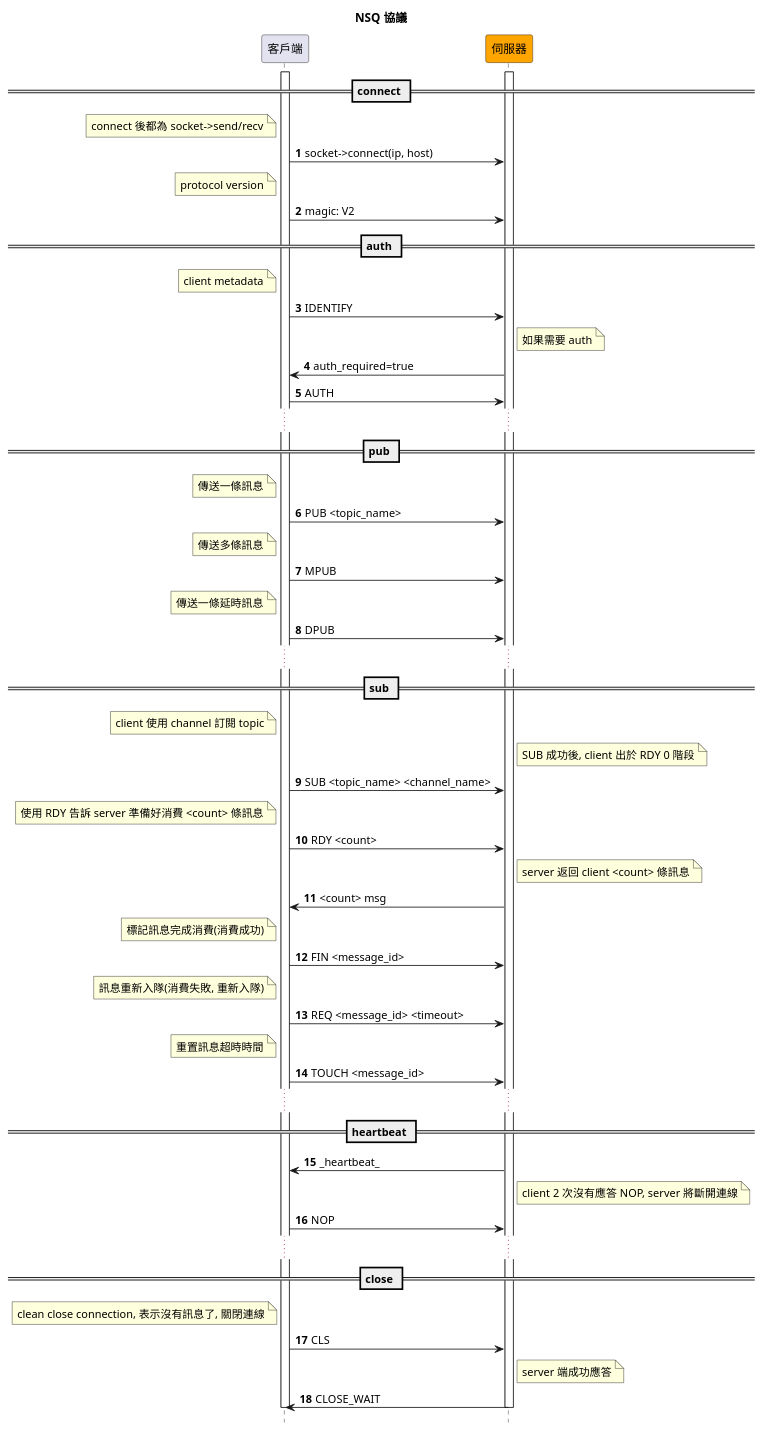
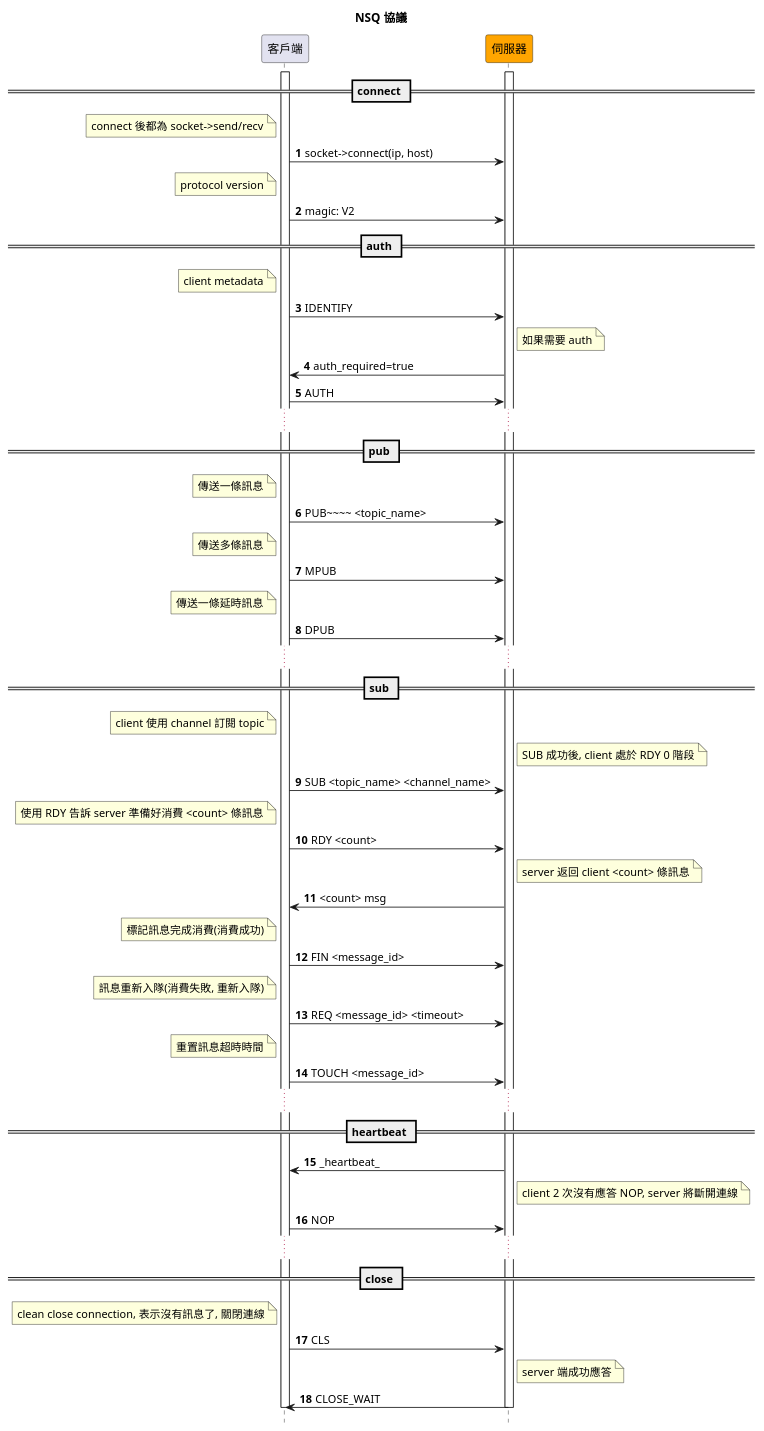
Before and after one commit to hyperf/hyperf: the second of 2 diagrams in docs/zh-tw/nsq.md, drawn with PlantUML. The commit also changed 2 other files, not shown here.

Commit message:
Fix typo and translate

````diff
--- a/docs/zh-tw/nsq.md
+++ b/docs/zh-tw/nsq.md
@@ -317,69 +317,69 @@
 ```plantuml
 @startuml
 
 autonumber
 hide footbox
 title **NSQ 協議**
 
 participant "客戶端" as client
 participant "伺服器" as server #orange
 
 activate client
 activate server
 
 == connect ==
 note left of client: connect 後都為 socket->send/recv
 client -> server: socket->connect(ip, host)
 note left of client: protocol version
 client->server: magic: V2
 
 == auth ==
 note left of client: client metadata
 client->server: IDENTIFY
 note right of server: 如果需要 auth
 server->client: auth_required=true
 client->server: AUTH
 ...
 
 == pub ==
 note left of client: 傳送一條訊息
-client -> server: PUB <topic_name>
+client -> server: PUB~~~~ <topic_name>
 note left of client: 傳送多條訊息
 client -> server: MPUB
 note left of client: 傳送一條延時訊息
 client -> server: DPUB
 ...
 
 == sub ==
 note left of client: client 使用 channel 訂閱 topic
-note right of server: SUB 成功後, client 出於 RDY 0 階段
+note right of server: SUB 成功後, client 處於 RDY 0 階段
 client -> server: SUB <topic_name> <channel_name>
 note left of client: 使用 RDY 告訴 server 準備好消費 <count> 條訊息
 client -> server: RDY <count>
 note right of server: server 返回 client <count> 條訊息
 server -> client: <count> msg
 note left of client: 標記訊息完成消費(消費成功)
 client -> server: FIN <message_id>
 note left of client: 訊息重新入隊(消費失敗, 重新入隊)
 client -> server: REQ <message_id> <timeout>
 note left of client: 重置訊息超時時間
 client -> server: TOUCH <message_id>
 ...
 
 == heartbeat ==
 server -> client: _heartbeat_
 note right of server: client 2 次沒有應答 NOP, server 將斷開連線
 client -> server: NOP
 ...
 
 == close ==
 note left of client: clean close connection, 表示沒有訊息了, 關閉連線
 client -> server: CLS
 note right of server: server 端成功應答
 server -> client: CLOSE_WAIT
 
 deactivate client
 deactivate server
 
 @enduml
 ```
````
